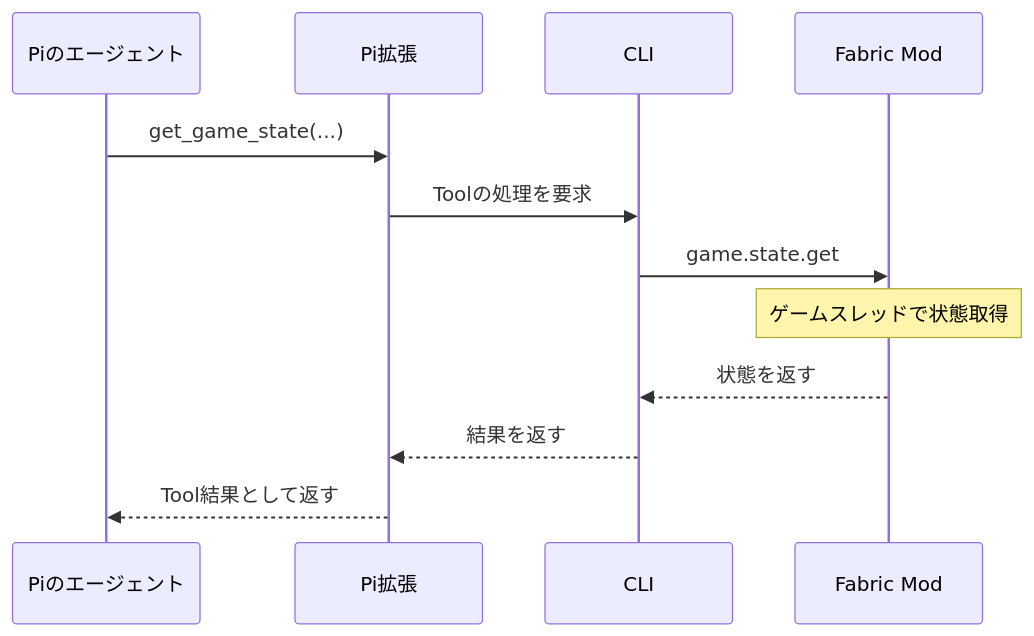
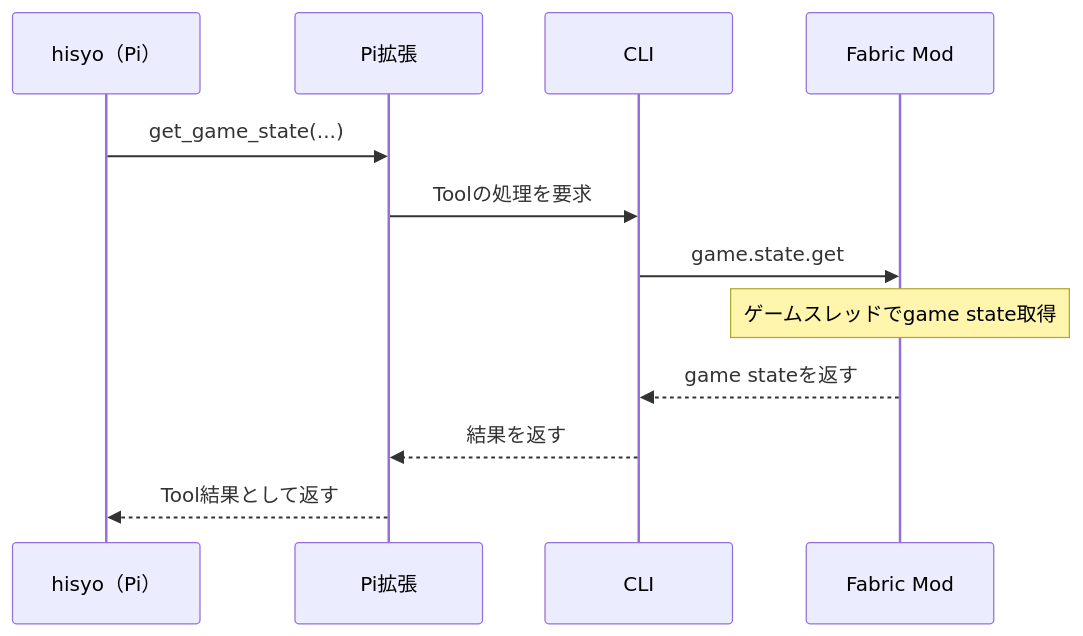
One commit to ph0ryn/mc-hisyo-mod changed the diagram in docs/tools.md. Above: the diagram before and after it, drawn with Mermaid. The commit also changed other lines of this file and 8 other files, not shown here.

````diff
--- a/docs/tools.md
+++ b/docs/tools.md
@@ -45,14 +47,14 @@
 ```mermaid
 sequenceDiagram
-    participant P as Piのエージェント
+    participant P as hisyo（Pi）
     participant E as Pi拡張
     participant C as CLI
     participant M as Fabric Mod
     P->>E: get_game_state(...)
     E->>C: Toolの処理を要求
     C->>M: game.state.get
-    Note over M: ゲームスレッドで状態取得
-    M-->>C: 状態を返す
+    Note over M: ゲームスレッドでgame state取得
+    M-->>C: game stateを返す
     C-->>E: 結果を返す
     E-->>P: Tool結果として返す
 ```
````
